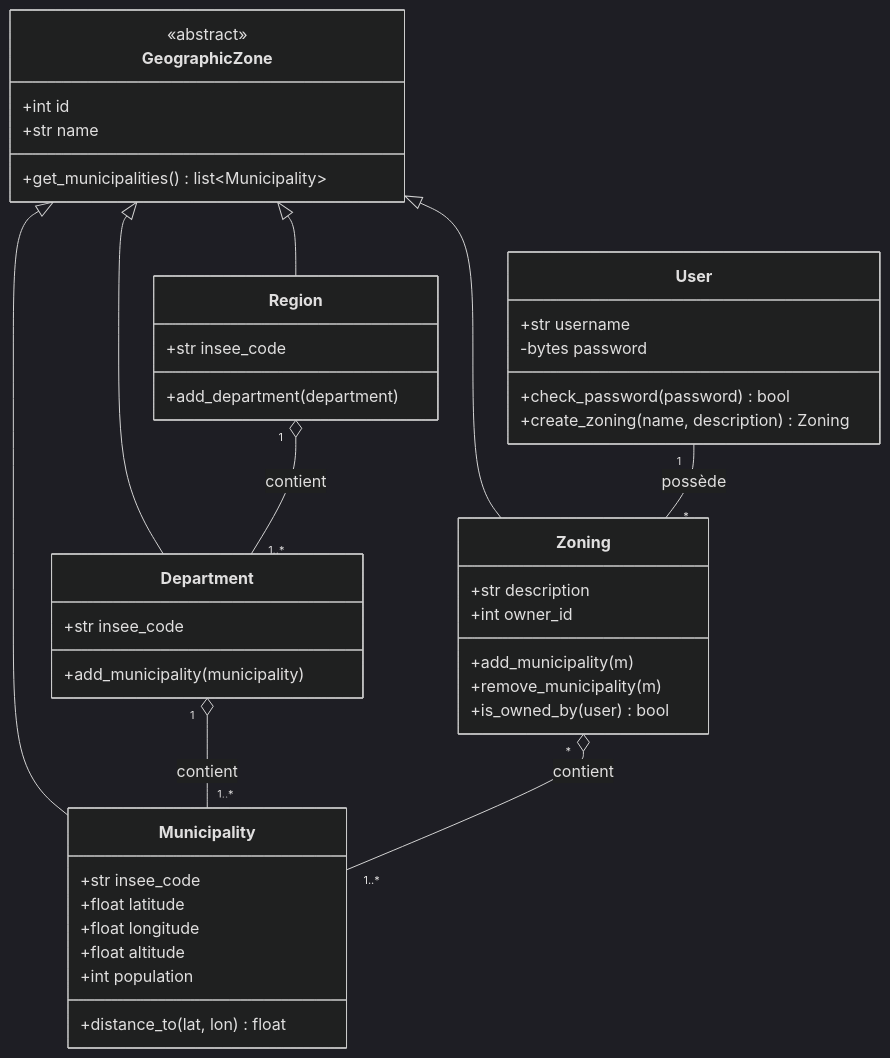
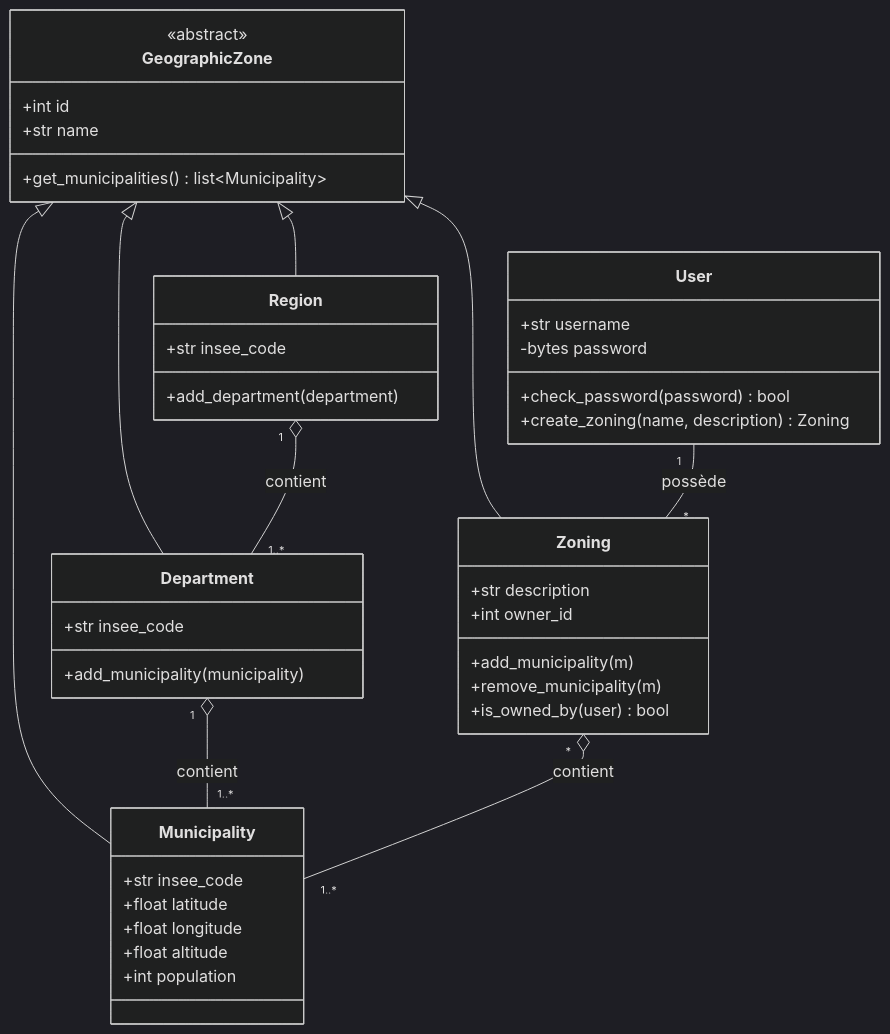
The diagram in doc/reports/final_report/resources/mermaid/fig-classes-zone.mmd (gabriel-dahan/ensai-it-project-2a-team12), drawn with Mermaid (dark theme) before and after one commit. The commit also changed 27 other files, not shown here.

```diff
--- a/doc/reports/final_report/resources/mermaid/fig-classes-zone.mmd
+++ b/doc/reports/final_report/resources/mermaid/fig-classes-zone.mmd
@@ -1,45 +1,44 @@
 classDiagram
     direction TB
     class GeographicZone {
         <<abstract>>
         +int id
         +str name
         +get_municipalities() list~Municipality~
     }
     class Region {
         +str insee_code
         +add_department(department)
     }
     class Department {
         +str insee_code
         +add_municipality(municipality)
     }
     class Municipality {
         +str insee_code
         +float latitude
         +float longitude
         +float altitude
         +int population
-        +distance_to(lat, lon) float
     }
     class Zoning {
         +str description
         +int owner_id
         +add_municipality(m)
         +remove_municipality(m)
         +is_owned_by(user) bool
     }
     class User {
         +str username
         -bytes password
         +check_password(password) bool
         +create_zoning(name, description) Zoning
     }
     GeographicZone <|-- Region
     GeographicZone <|-- Department
     GeographicZone <|-- Municipality
     GeographicZone <|-- Zoning
     Region "1" o-- "1..*" Department : contient
     Department "1" o-- "1..*" Municipality : contient
     Zoning "*" o-- "1..*" Municipality : contient
     User "1" -- "*" Zoning : possède
```
